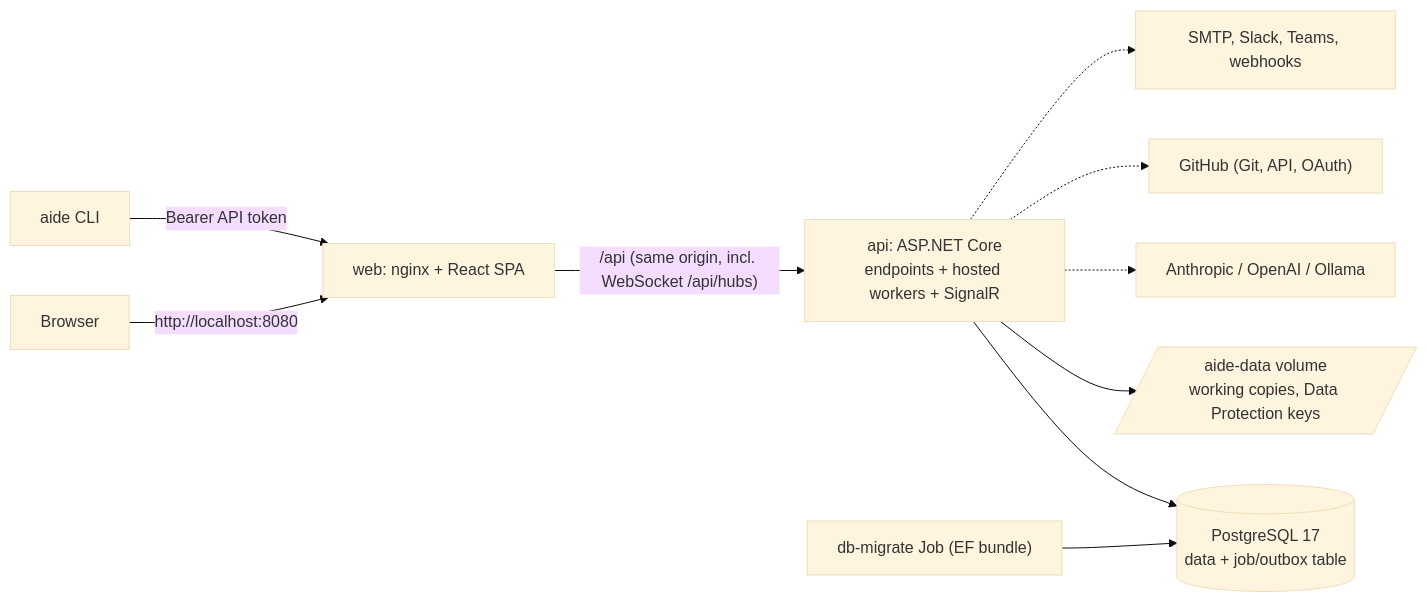
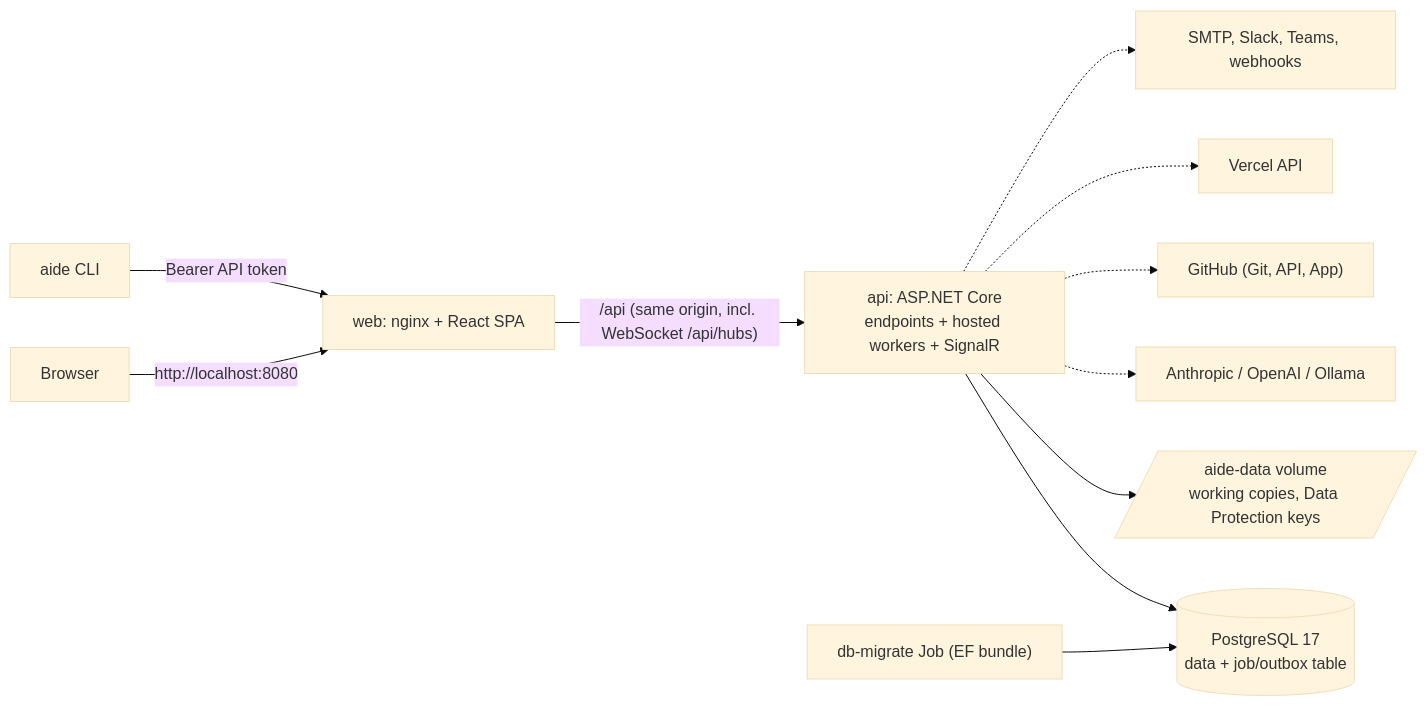
Before and after one commit to BenFielder1/AI-Driven-Engineering-Platform: the diagram in README.md, drawn with Mermaid (base theme). The commit also changed other lines of this file and 2 other files, not shown here.

````diff
--- a/README.md
+++ b/README.md
@@ -18,12 +30,13 @@
 ```mermaid
 flowchart LR
   Browser -->|"http://localhost:8080"| Web["web: nginx + React SPA"]
   Web -->|"/api (same origin, incl. WebSocket /api/hubs)"| Api["api: ASP.NET Core<br/>endpoints + hosted workers + SignalR"]
   CLI["aide CLI"] -->|"Bearer API token"| Web
   Api --> Db[("PostgreSQL 17<br/>data + job/outbox table")]
   Api --> Vol[/"aide-data volume<br/>working copies, Data Protection keys"/]
   Api -.-> LLM["Anthropic / OpenAI / Ollama"]
-  Api -.-> GH["GitHub (Git, API, OAuth)"]
+  Api -.-> GH["GitHub (Git, API, App)"]
+  Api -.-> Vc["Vercel API"]
   Api -.-> Out["SMTP, Slack, Teams, webhooks"]
   Mig["db-migrate Job (EF bundle)"] --> Db
 ```
````
